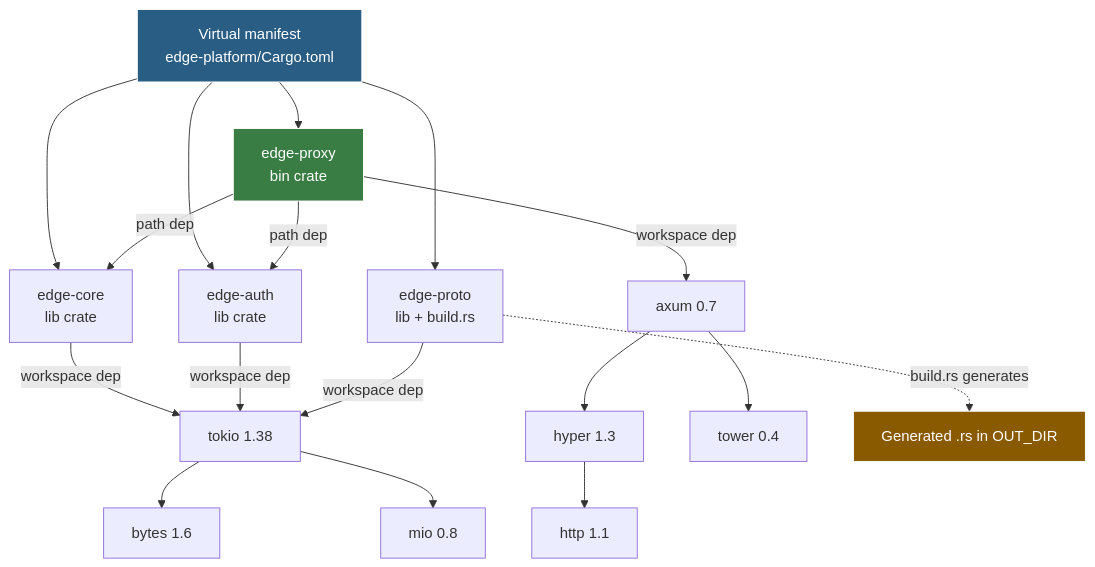
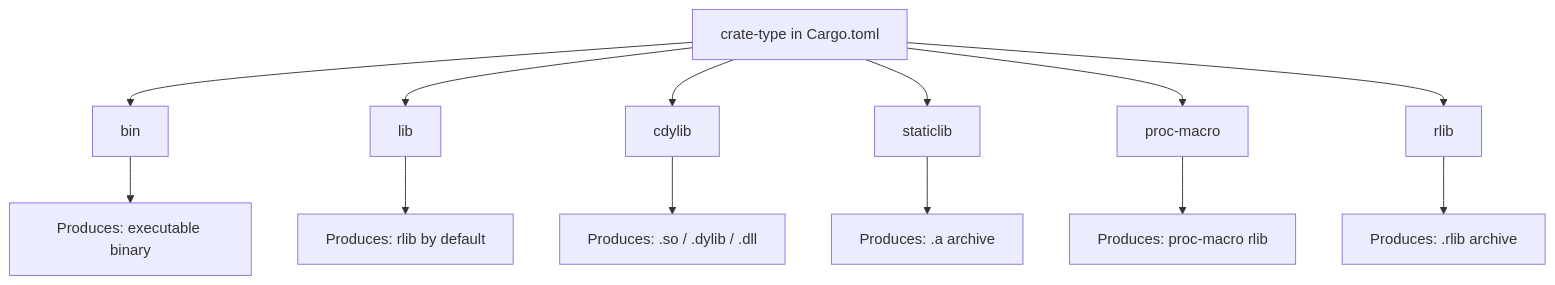
The second of 7 diagrams in vol-20-rust-backend/ch01-rust-architecture.md (bumbsclaw/textbooks), drawn with Mermaid before and after one commit. The commit also changed other lines of this file and 1 other file, not shown here.

````diff
--- a/vol-20-rust-backend/ch01-rust-architecture.md
+++ b/vol-20-rust-backend/ch01-rust-architecture.md
@@ -349,27 +133,15 @@
 ```mermaid
 flowchart TD
-    ROOT["Virtual manifest<br/>edge-platform/Cargo.toml"]
-    ROOT --> PROXY["edge-proxy<br/>bin crate"]
-    ROOT --> CORE["edge-core<br/>lib crate"]
-    ROOT --> AUTH["edge-auth<br/>lib crate"]
-    ROOT --> PROTO["edge-proto<br/>lib + build.rs"]
-
-    PROXY -->|path dep| CORE
-    PROXY -->|path dep| AUTH
-    CORE -->|workspace dep| TOKIO["tokio 1.38"]
-    AUTH -->|workspace dep| TOKIO
-    PROTO -->|workspace dep| TOKIO
-    PROXY -->|workspace dep| AXUM["axum 0.7"]
-    AXUM --> HYPER["hyper 1.3"]
-    AXUM --> TOWER["tower 0.4"]
-    HYPER --> HTTP["http 1.1"]
-
-    TOKIO --> BYTES["bytes 1.6"]
-    TOKIO --> MIO["mio 0.8"]
-
-    PROTO -.->|"build.rs generates"| GEN["Generated .rs in OUT_DIR"]
-
-    style ROOT fill:#2a5d84,stroke:#fff,color:#fff
-    style PROXY fill:#3a7d44,stroke:#fff,color:#fff
-    style GEN fill:#8a5a00,stroke:#fff,color:#fff
+    A["crate-type in Cargo.toml"] --> B["bin"]
+    A --> C["lib"]
+    A --> D["cdylib"]
+    A --> E["staticlib"]
+    A --> F["proc-macro"]
+    A --> G["rlib"]
+    B --> B1["Produces: executable binary"]
+    C --> C1["Produces: rlib by default"]
+    D --> D1["Produces: .so / .dylib / .dll"]
+    E --> E1["Produces: .a archive"]
+    F --> F1["Produces: proc-macro rlib"]
+    G --> G1["Produces: .rlib archive"]
 ```
````
